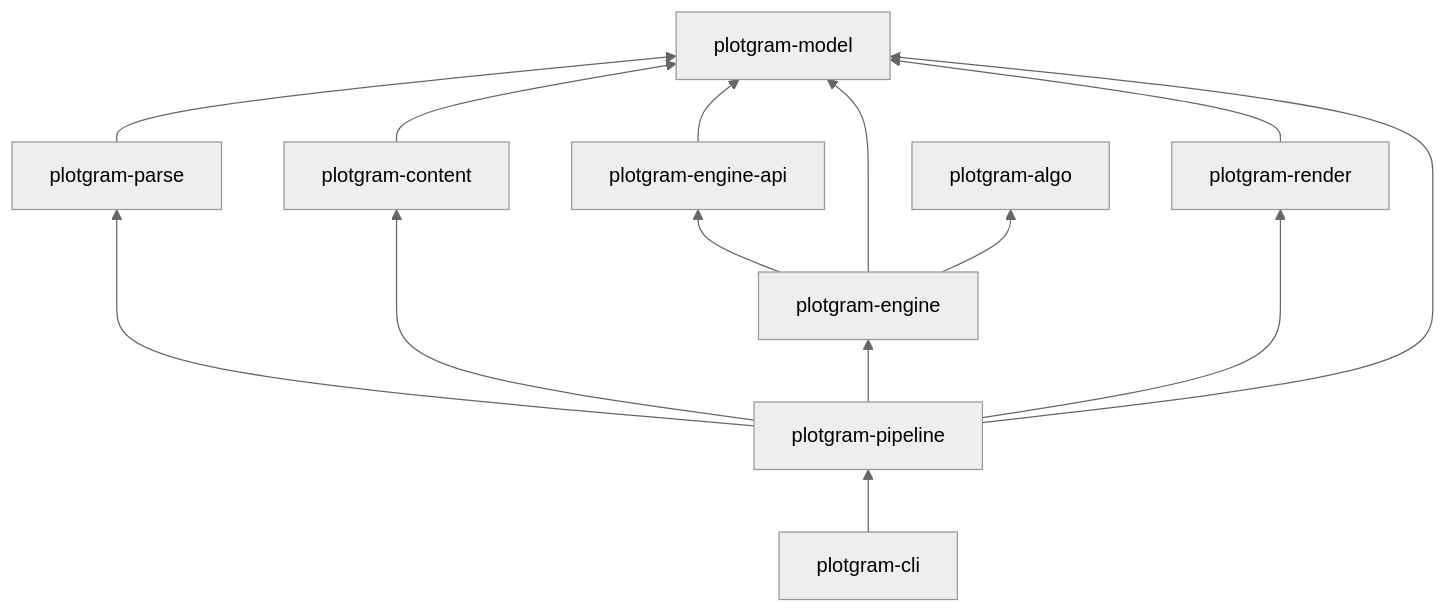
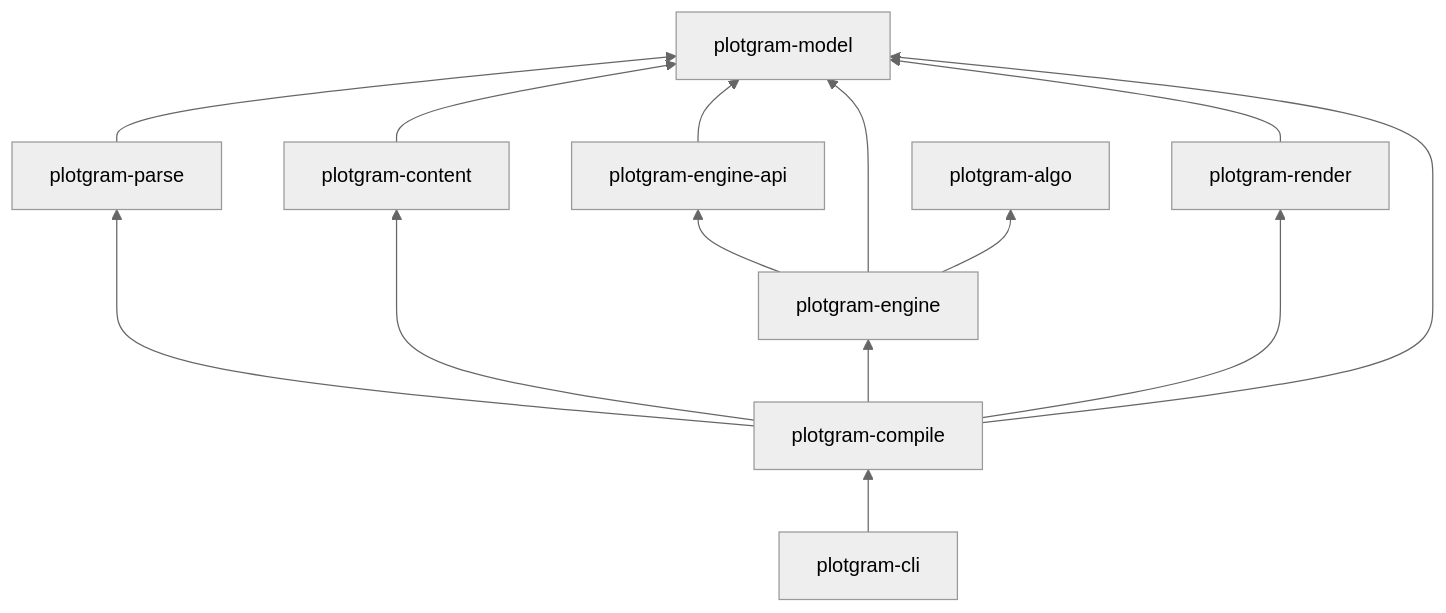
One commit to jimium/plotgram changed the diagram in docs/readme.md. Above: the diagram before and after it, drawn with Mermaid (neutral theme). The commit also changed other lines of this file and 41 other files, not shown here.

````diff
--- a/docs/readme.md
+++ b/docs/readme.md
@@ -50,26 +50,26 @@
 ```mermaid
 flowchart BT
   model[plotgram-model]
   api[plotgram-engine-api]
   algo[plotgram-algo]
   content[plotgram-content]
   parse[plotgram-parse]
   engine[plotgram-engine]
   render[plotgram-render]
-  pipeline[plotgram-pipeline]
+  compile[plotgram-compile]
   cli[plotgram-cli]
 
   api --> model
   content --> model
   parse --> model
   engine --> api
   engine --> model
   engine --> algo
   render --> model
-  pipeline --> parse
-  pipeline --> content
-  pipeline --> engine
-  pipeline --> render
-  pipeline --> model
-  cli --> pipeline
+  compile --> parse
+  compile --> content
+  compile --> engine
+  compile --> render
+  compile --> model
+  cli --> compile
 ```
````
